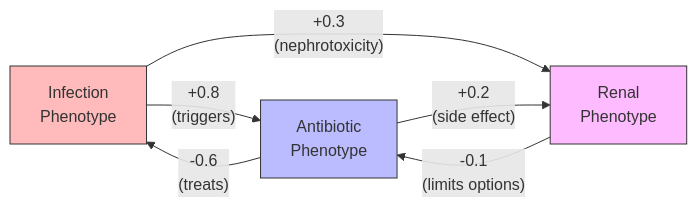
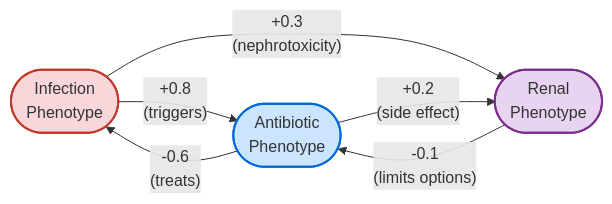
One commit to oneilsh/topic-state-space-modeling changed the seventh of 7 diagrams in TOPIC_STATE_MODELING.md. Above: the diagram before and after it, drawn with Mermaid. The commit also changed other lines of this file and 5 other files, not shown here.

````diff
--- a/TOPIC_STATE_MODELING.md
+++ b/TOPIC_STATE_MODELING.md
@@ -574,12 +614,12 @@
 ```mermaid
 graph LR
-    Inf[Infection<br/>Phenotype] -->|"+0.8<br/>(triggers)"| Abx[Antibiotic<br/>Phenotype]
-    Inf -->|"+0.3<br/>(nephrotoxicity)"| Renal[Renal<br/>Phenotype]
+    Inf(["Infection<br/>Phenotype"]) -->|"+0.8<br/>(triggers)"| Abx(["Antibiotic<br/>Phenotype"])
+    Inf -->|"+0.3<br/>(nephrotoxicity)"| Renal(["Renal<br/>Phenotype"])
     Abx -->|"-0.6<br/>(treats)"| Inf
     Abx -->|"+0.2<br/>(side effect)"| Renal
     Renal -->|"-0.1<br/>(limits options)"| Abx
 
-    style Inf fill:#fbb,stroke:#333
-    style Abx fill:#bbf,stroke:#333
-    style Renal fill:#fbf,stroke:#333
+    style Inf fill:#f8d7da,stroke:#c0392b,stroke-width:2px
+    style Abx fill:#cce5ff,stroke:#0069d9,stroke-width:2px
+    style Renal fill:#e8d4f0,stroke:#7b2d8e,stroke-width:2px
 ```
````
